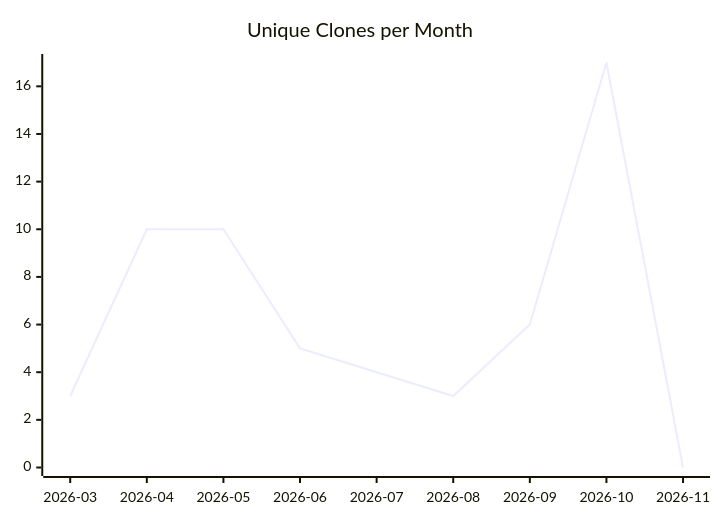
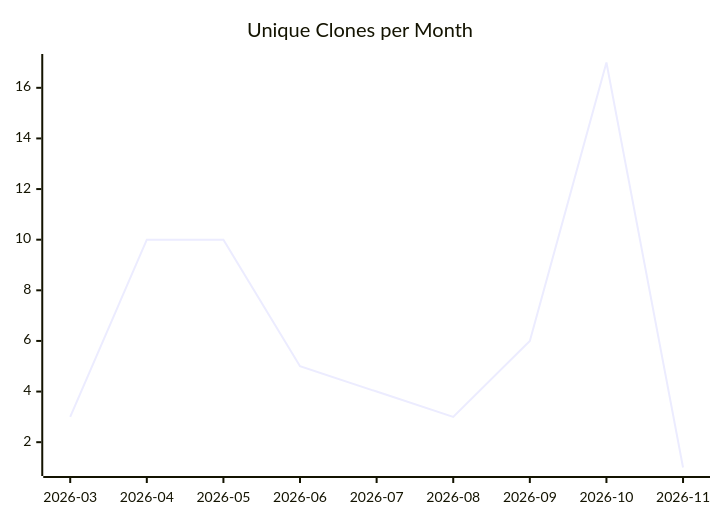
One commit to justdavis-family/github-analytics-data changed the third of 3 diagrams in karlmdavis/can-i-kayak-baltimore/README.md. Above: the diagram before and after it, drawn with Mermaid. The commit also changed other lines of this file and 196 other files, not shown here.

````diff
--- a/karlmdavis/can-i-kayak-baltimore/README.md
+++ b/karlmdavis/can-i-kayak-baltimore/README.md
@@ -19,6 +19,6 @@
 ```mermaid
 xychart-beta
   title "Unique Clones per Month"
   x-axis ["2026-03", "2026-04", "2026-05", "2026-06", "2026-07", "2026-08", "2026-09", "2026-10", "2026-11"]
-  line [3, 10, 10, 5, 4, 3, 6, 17, 0]
+  line [3, 10, 10, 5, 4, 3, 6, 17, 1]
 ```
````
